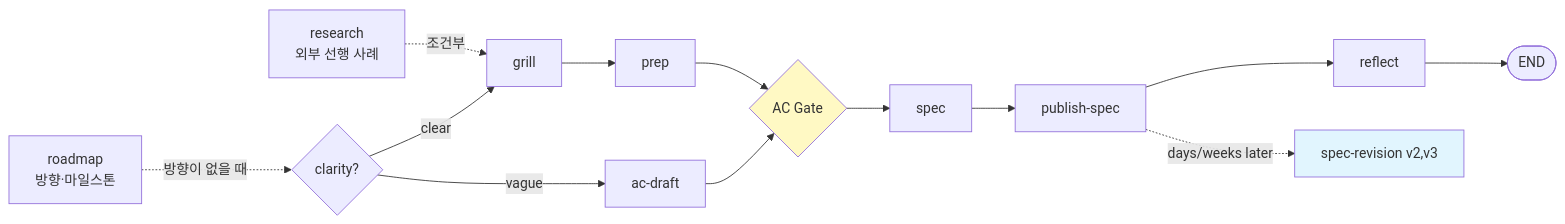
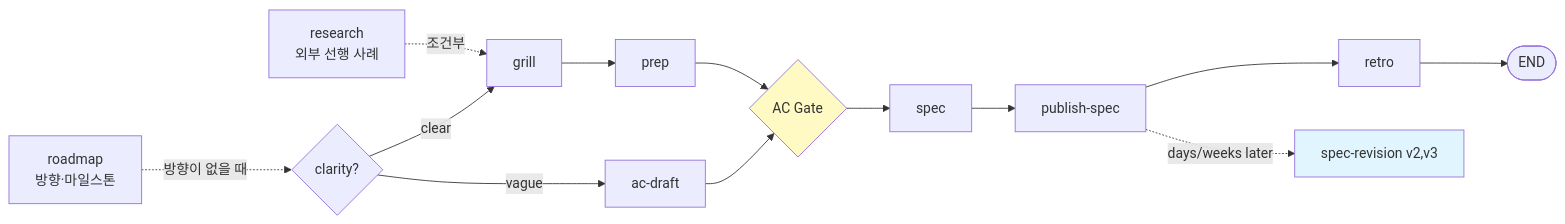
Before and after one commit to narashin/nara-kit: the second of 2 diagrams in skills/README.md, drawn with Mermaid. The commit also changed other lines of this file and 87 other files, not shown here.

````diff
--- a/skills/README.md
+++ b/skills/README.md
@@ -182,14 +184,14 @@
 ```mermaid
 flowchart LR
     RM["roadmap<br>방향·마일스톤"] -. 방향이 없을 때 .-> C
     RS["research<br>외부 선행 사례"] -. 조건부 .-> B
     C{clarity?} -->|clear| B["grill"] --> PR[prep]
     C -->|vague| AC[ac-draft]
     PR --> AG{AC Gate}
     AC --> AG
-    AG --> S[spec] --> PUB[publish-spec] --> RF[reflect] --> E([END])
+    AG --> S[spec] --> PUB[publish-spec] --> RF[retro] --> E([END])
     PUB -. days/weeks later .-> REV[spec-revision v2,v3]
 
     style AG fill:#fff9c4
     style REV fill:#e1f5fe
 ```
````
